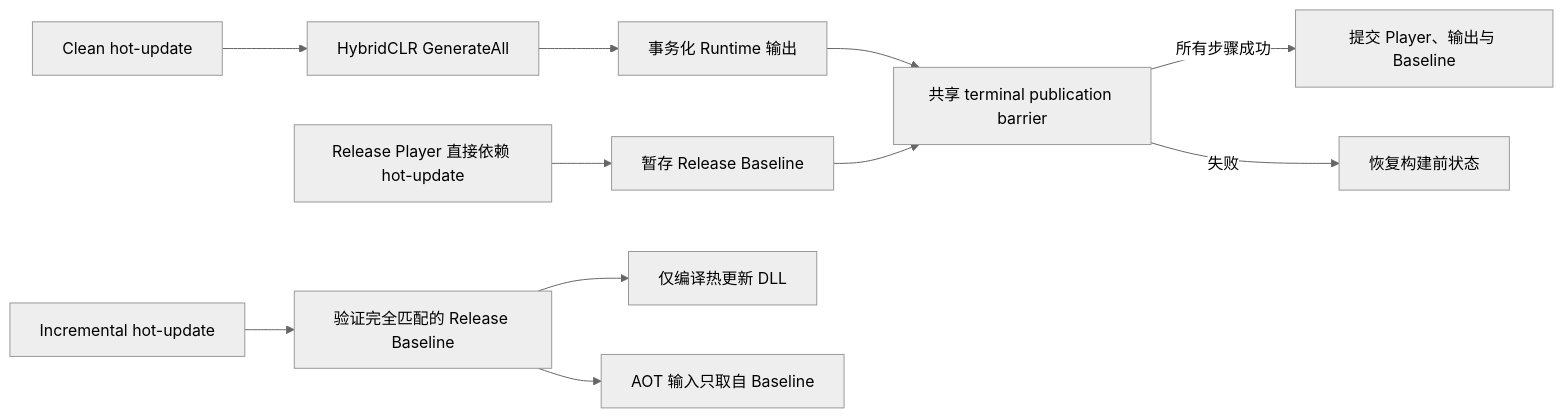
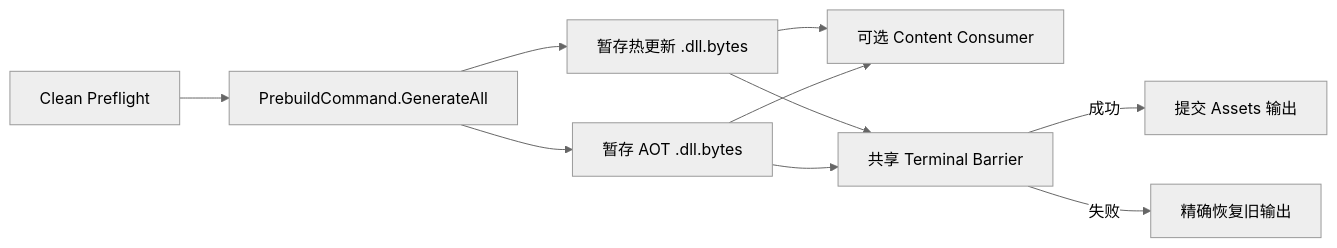
Before and after one commit to MaiKuraki/UnityStarter: the diagram in UnityStarter/Assets/Build/Editor/BuildPipeline/Integrations/HybridCLR/README.SCH.md, drawn with Mermaid (neutral theme). The commit also changed other lines of this file and 19 other files, not shown here.

````diff
--- a/UnityStarter/Assets/Build/Editor/BuildPipeline/Integrations/HybridCLR/README.SCH.md
+++ b/UnityStarter/Assets/Build/Editor/BuildPipeline/Integrations/HybridCLR/README.SCH.md
@@ -20,13 +37,12 @@
 ```mermaid
 flowchart LR
-  C["Clean hot-update"] --> G["HybridCLR GenerateAll"]
-  G --> O["事务化 Runtime 输出"]
-  P["Release Player 直接依赖 hot-update"] --> B["暂存 Release Baseline"]
-  O --> T["共享 terminal publication barrier"]
-  B --> T
-  T -->|"所有步骤成功"| K["提交 Player、输出与 Baseline"]
-  T -->|"失败"| R["恢复构建前状态"]
-  I["Incremental hot-update"] --> V["验证完全匹配的 Release Baseline"]
-  V --> D["仅编译热更新 DLL"]
-  V --> A["AOT 输入只取自 Baseline"]
+    P["Clean Preflight"] --> G["PrebuildCommand.GenerateAll"]
+    G --> H["暂存热更新 .dll.bytes"]
+    G --> A["暂存 AOT .dll.bytes"]
+    H --> C["可选 Content Consumer"]
+    A --> C
+    H --> T["共享 Terminal Barrier"]
+    A --> T
+    T -->|"成功"| K["提交 Assets 输出"]
+    T -->|"失败"| R["精确恢复旧输出"]
 ```
````
